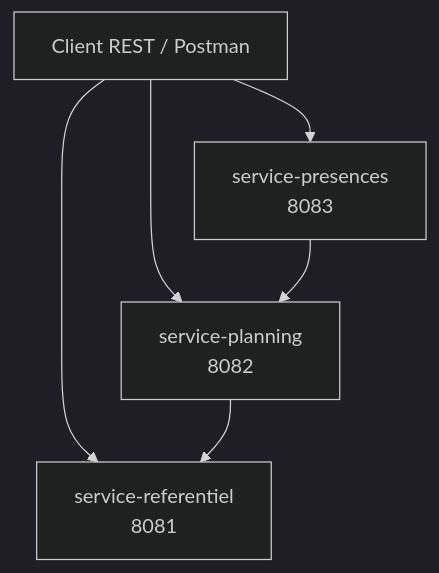
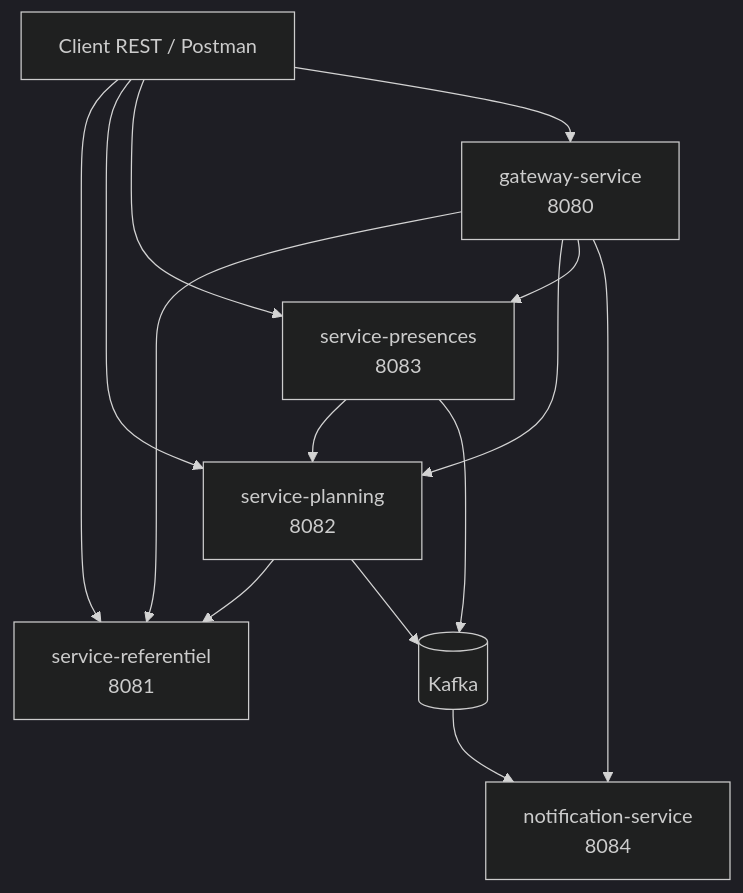
One commit to oussamaboukenze/Planif-Scolaire changed the second of 2 diagrams in README.md. Above: the diagram before and after it, drawn with Mermaid (dark theme). The commit also changed other lines of this file and 34 other files, not shown here.

````diff
--- a/README.md
+++ b/README.md
@@ -98,12 +100,23 @@
 ```mermaid
 flowchart TB
     Client["Client REST / Postman"]
     Referentiel["service-referentiel<br/>8081"]
     Planning["service-planning<br/>8082"]
     Presences["service-presences<br/>8083"]
+    Notifications["notification-service<br/>8084"]
+    Gateway["gateway-service<br/>8080"]
+    Kafka[("Kafka")]
     Client --> Referentiel
     Client --> Planning
     Client --> Presences
+    Client --> Gateway
+    Gateway --> Referentiel
+    Gateway --> Planning
+    Gateway --> Presences
+    Gateway --> Notifications
     Planning --> Referentiel
     Presences --> Planning
+    Planning --> Kafka
+    Presences --> Kafka
+    Kafka --> Notifications
 ```
````
